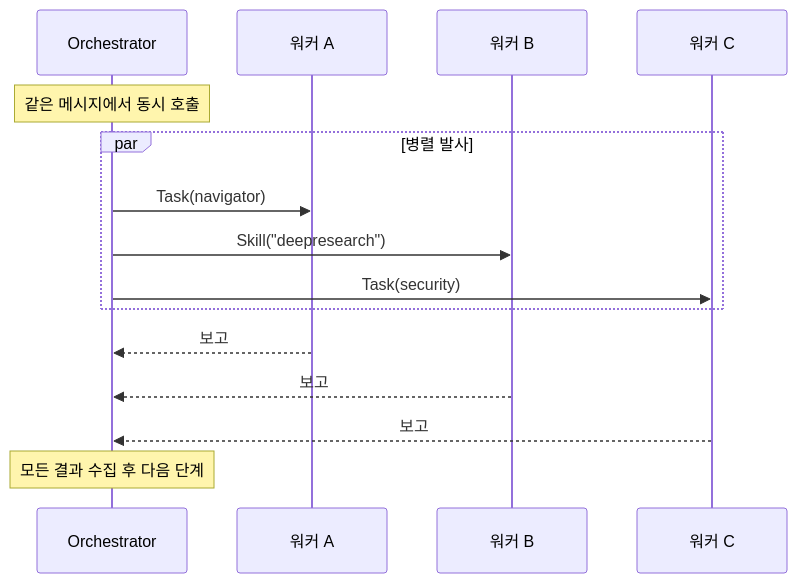
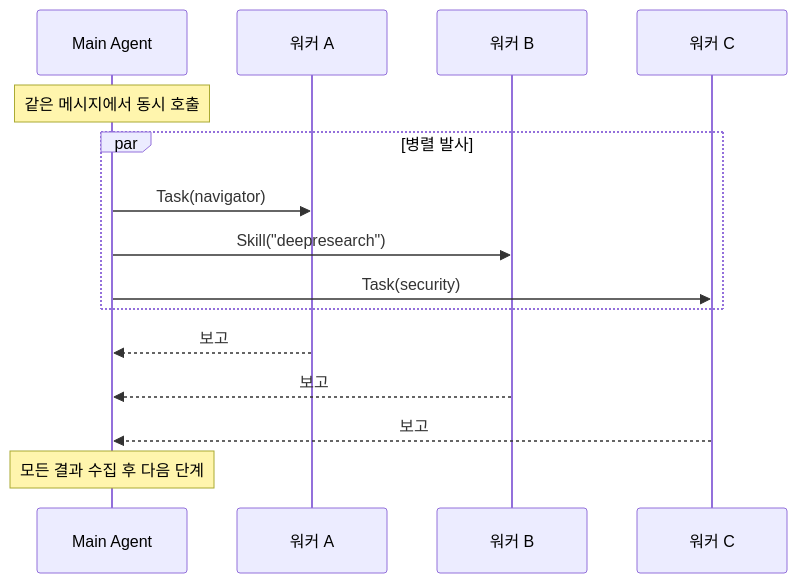
One commit to Hoodcat2255/hoodcat-harness changed the eighth of 11 diagrams in docs/prompt-flow-after-cleanup-20260522.md. Above: the diagram before and after it, drawn with Mermaid. The commit also changed other lines of this file and 25 other files, not shown here.

````diff
--- a/docs/prompt-flow-after-cleanup-20260522.md
+++ b/docs/prompt-flow-after-cleanup-20260522.md
@@ -231,18 +225,18 @@
 ```mermaid
 sequenceDiagram
-    participant O as Orchestrator
+    participant M as Main Agent
     participant A1 as 워커 A
     participant A2 as 워커 B
     participant A3 as 워커 C
 
-    Note over O: 같은 메시지에서 동시 호출
+    Note over M: 같은 메시지에서 동시 호출
     par 병렬 발사
-        O->>A1: Task(navigator)
-        O->>A2: Skill("deepresearch")
-        O->>A3: Task(security)
+        M->>A1: Task(navigator)
+        M->>A2: Skill("deepresearch")
+        M->>A3: Task(security)
     end
-    A1-->>O: 보고
-    A2-->>O: 보고
-    A3-->>O: 보고
-    Note over O: 모든 결과 수집 후 다음 단계
+    A1-->>M: 보고
+    A2-->>M: 보고
+    A3-->>M: 보고
+    Note over M: 모든 결과 수집 후 다음 단계
 ```
````
